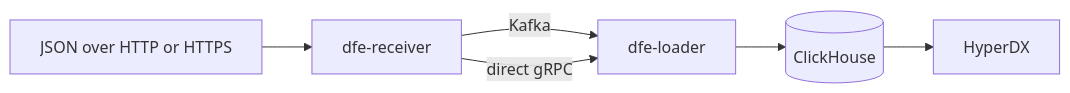
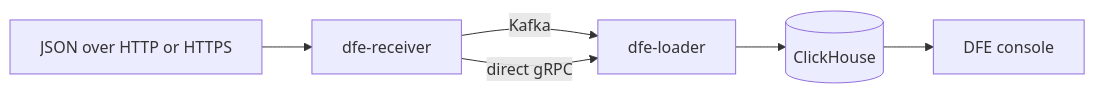
The diagram in docs-site/content-root/README.md (hyperi-io/dfe-infra), drawn with Mermaid before and after one commit. The commit also changed other lines of this file and 93 other files, not shown here.

````diff
--- a/docs-site/content-root/README.md
+++ b/docs-site/content-root/README.md
@@ -13,8 +15,8 @@
 ```mermaid
 flowchart LR
   S[JSON over HTTP or HTTPS] --> R[dfe-receiver]
   R -->|Kafka| L[dfe-loader]
   R -->|direct gRPC| L
   L --> C[(ClickHouse)]
-  C --> H[HyperDX]
+  C --> H[DFE console]
 ```
````
